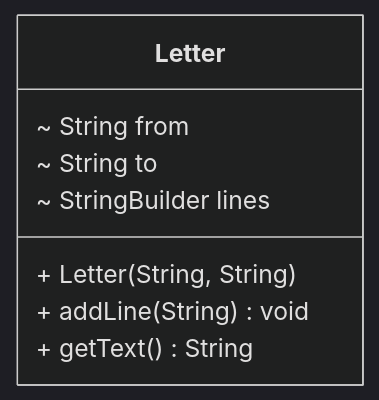
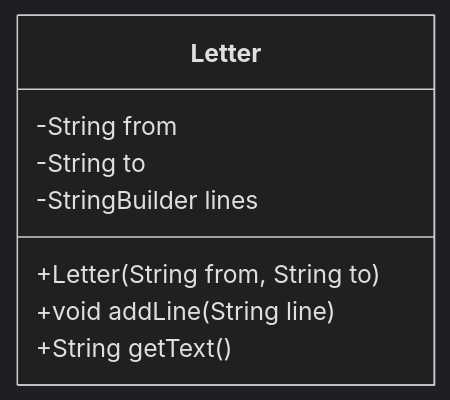
One commit to nbicocchi/learn-java-core changed the seventh of 13 diagrams in code/exercises/src/main/java/com/nbicocchi/exercises/oop/README.md. Above: the diagram before and after it, drawn with Mermaid (dark theme). The commit also changed other lines of this file and 6 other files, not shown here.

````diff
--- a/code/exercises/src/main/java/com/nbicocchi/exercises/oop/README.md
+++ b/code/exercises/src/main/java/com/nbicocchi/exercises/oop/README.md
@@ -244,12 +237,11 @@
 ```mermaid
 classDiagram
-direction BT
-class Letter {
-  ~ String from
-  ~ String to
-  ~ StringBuilder lines
-  + Letter(String, String)
-  + addLine(String) void 
-  + getText() String
-}
+    class Letter {
+        -String from
+        -String to
+        -StringBuilder lines
+        +Letter(String from, String to)
+        +void addLine(String line)
+        +String getText()
+    }
 ```
````
